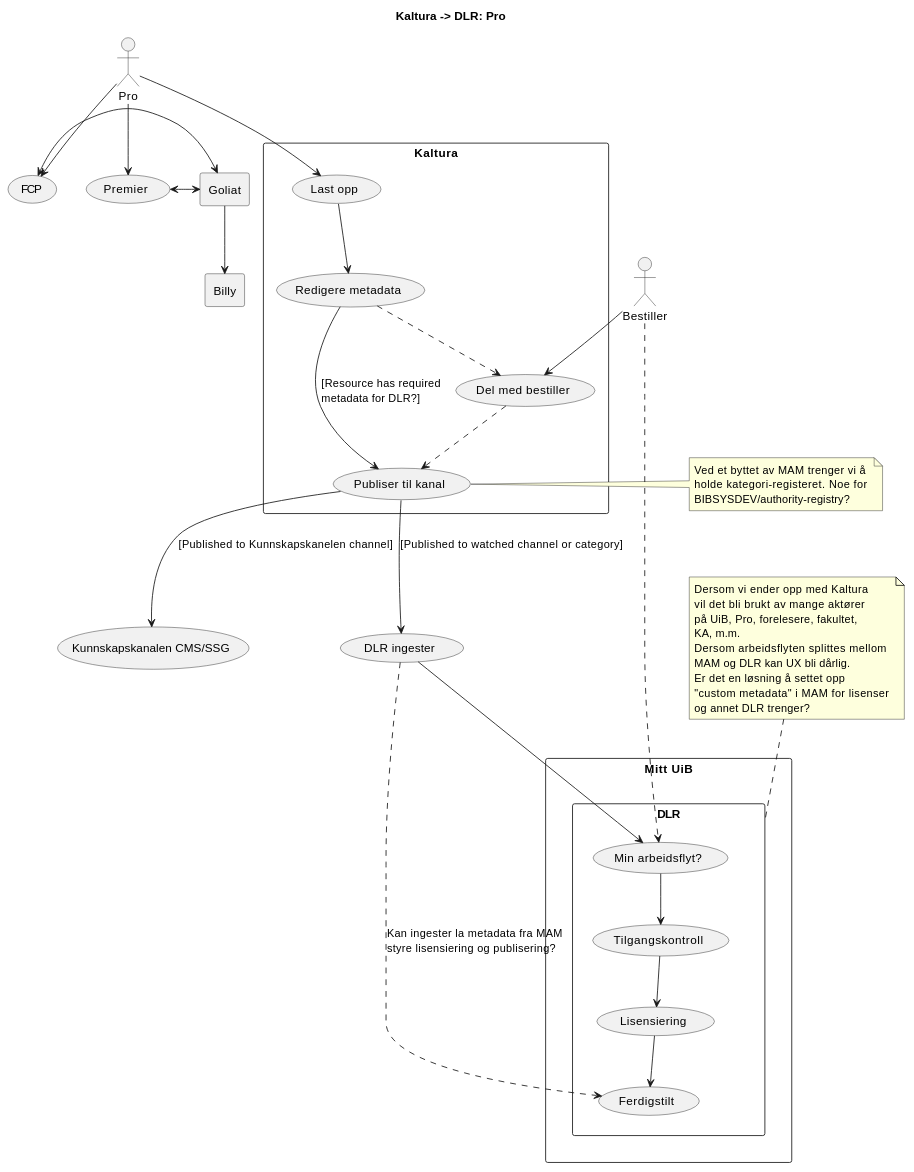
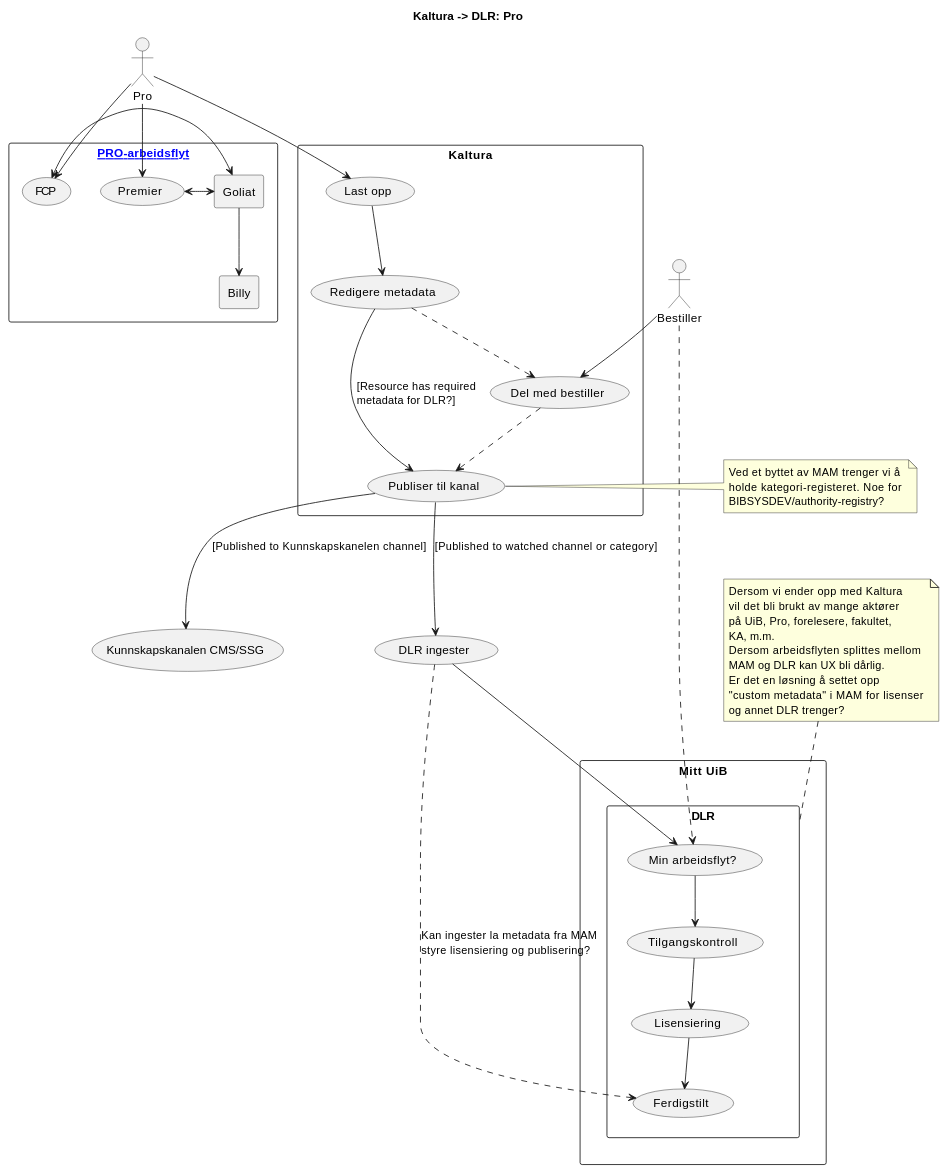
The diagram in src/docs/pro.md (tarjelavik/mam-dlr-architecture), drawn with PlantUML before and after one commit. The commit also changed 4 other files, not shown here.

````diff
--- a/src/docs/pro.md
+++ b/src/docs/pro.md
@@ -6,76 +6,82 @@
 ```plantuml 
 @startuml
 
 title Kaltura -> DLR: Pro
 
-rectangle Goliat {
+rectangle "[[https://www.uib.no PRO-arbeidsflyt]]" as pro-wf {
+    
+    (FCP)
+    (Premier)
 
-}
+    rectangle Goliat {
 
-rectangle Billy {
+    }
 
+    rectangle Billy {
+
+    }
 }
 
 rectangle Kaltura {
     (Last opp)
     (Redigere metadata) as metadata
     (Del med bestiller)
     (Publiser til kanal) as channel
 }
 
 rectangle "Mitt UiB" as mittuib {
     rectangle DLR {
         (Min arbeidsflyt?) as wf
         (Tilgangskontroll) as access
         (Lisensiering) as license
         (Ferdigstilt) as embed
     }
 }
 
 :Pro:
 :Bestiller:
 
 Bestiller --> (Del med bestiller)
 Bestiller ..> wf
 
 Pro --> (FCP)
 (FCP) <-> Goliat
 Pro --> (Premier)
 (Premier) <-> Goliat
 
 Goliat --> Billy
 
 Pro --> (Last opp)
 (Last opp) --> metadata
 metadata ..> (Del med bestiller)
 (Del med bestiller) ..> channel
 metadata --> channel : "[Resource has required\lmetadata for DLR?]"
 
 channel --> (DLR ingester) : "[Published to watched channel or category]"
 channel --> (Kunnskapskanalen CMS/SSG) : "[Published to Kunnskapskanelen channel]"
 (DLR ingester) --> wf
 (DLR ingester) ..> embed : "Kan ingester la metadata fra MAM\lstyre lisensiering og publisering?"
 
 wf --> access
 access --> license
 license --> embed
 
 note top of DLR 
     Dersom vi ender opp med Kaltura
     vil det bli brukt av mange aktører
     på UiB, Pro, forelesere, fakultet,
     KA, m.m.
     Dersom arbeidsflyten splittes mellom
     MAM og DLR kan UX bli dårlig.
     Er det en løsning å settet opp 
     "custom metadata" i MAM for lisenser 
     og annet DLR trenger?
 end note
 
 note left of channel
     Ved et byttet av MAM trenger vi å
     holde kategori-registeret. Noe for 
     BIBSYSDEV/authority-registry?
 end note
 @enduml
 ```
````
